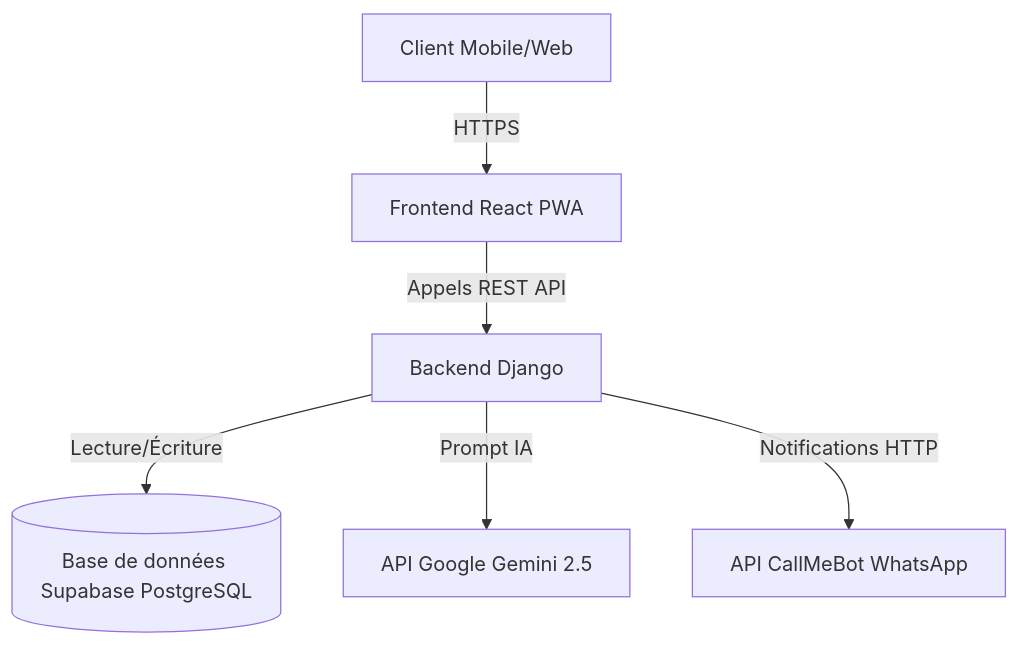
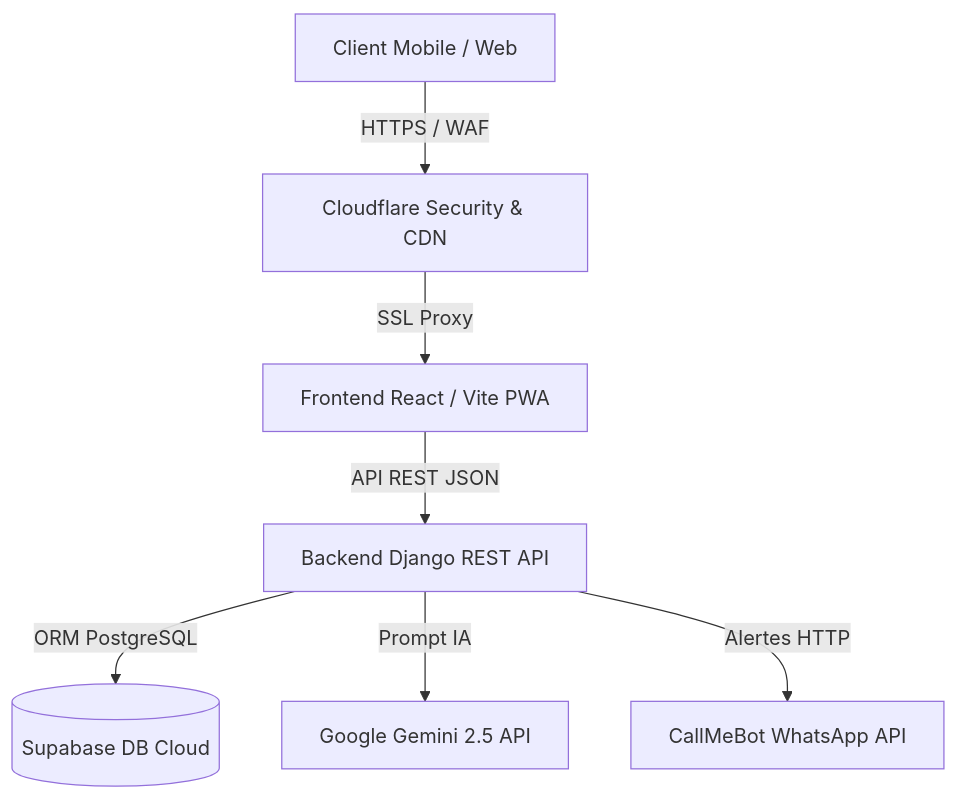
The diagram in DOCUMENTATION.md (dallha/Hadara-Brief---Graphisme-Design), drawn with Mermaid before and after one commit. The commit also changed other lines of this file and 1 other file, not shown here.

````diff
--- a/DOCUMENTATION.md
+++ b/DOCUMENTATION.md
@@ -39,8 +54,9 @@
 ```mermaid
 graph TD
-    Client[Client Mobile/Web] -->|HTTPS| React[Frontend React PWA]
-    React -->|Appels REST API| Django[Backend Django]
-    Django -->|Lecture/Écriture| Supabase[(Base de données Supabase PostgreSQL)]
-    Django -->|Prompt IA| Gemini[API Google Gemini 2.5]
-    Django -->|Notifications HTTP| CallMeBot[API CallMeBot WhatsApp]
+    Client[Client Mobile / Web] -->|HTTPS / WAF| Cloudflare[Cloudflare Security & CDN]
+    Cloudflare -->|SSL Proxy| RenderFrontend[Frontend React / Vite PWA]
+    RenderFrontend -->|API REST JSON| RenderBackend[Backend Django REST API]
+    RenderBackend -->|ORM PostgreSQL| Supabase[(Supabase DB Cloud)]
+    RenderBackend -->|Prompt IA| Gemini[Google Gemini 2.5 API]
+    RenderBackend -->|Alertes HTTP| CallMeBot[CallMeBot WhatsApp API]
 ```
````
